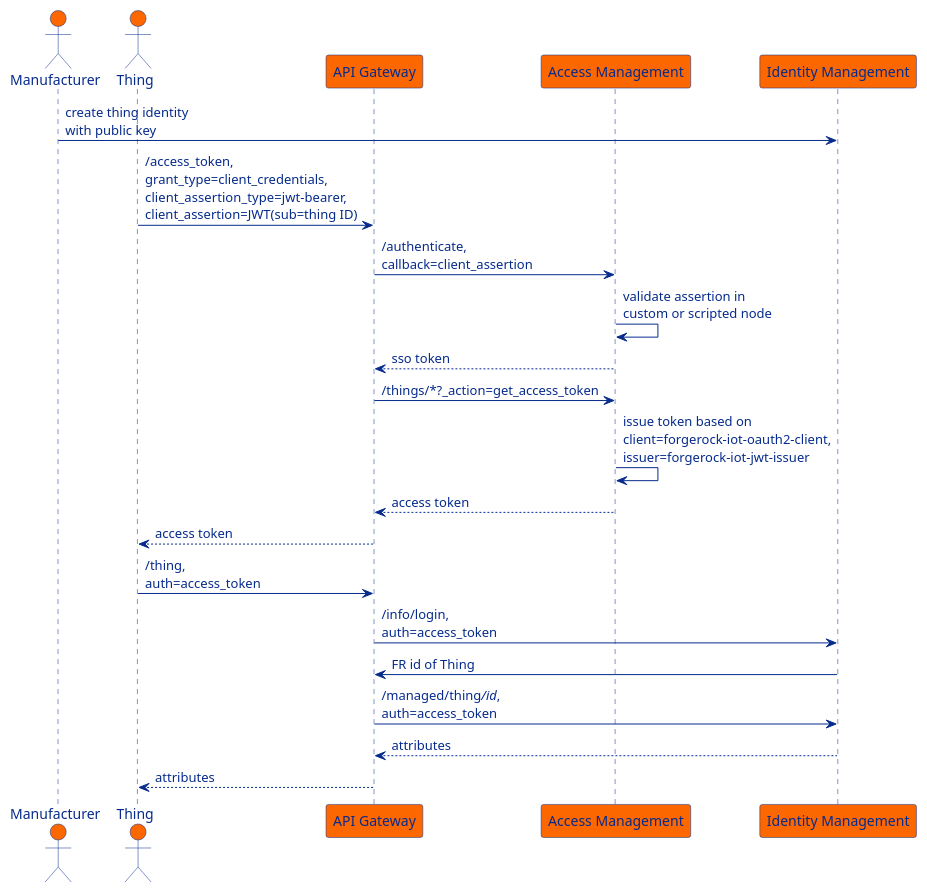
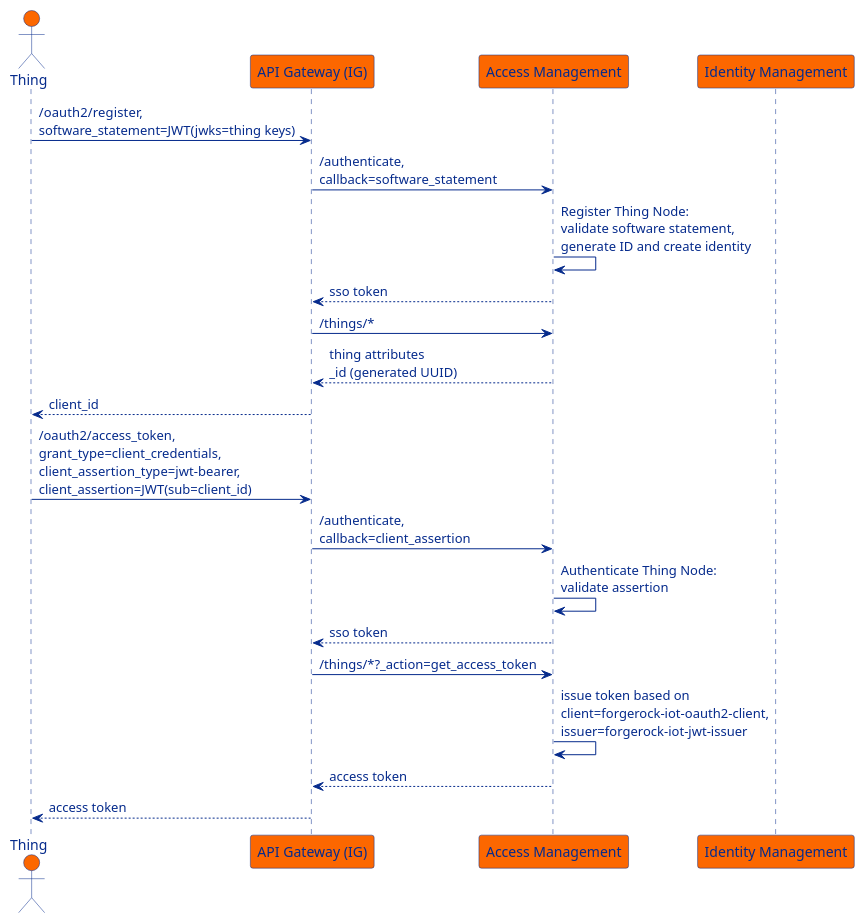
The diagram in examples/proof-of-concept/standard-oauth-api/docs/standard-oauth-api-flow.puml (isabella232/iot-edge), drawn with PlantUML before and after one commit. The commit also changed 1 other file, not shown here.

Commit message:
IOTEDGE-1136 update standard oauth API flow

```diff
--- a/examples/proof-of-concept/standard-oauth-api/docs/standard-oauth-api-flow.puml
+++ b/examples/proof-of-concept/standard-oauth-api/docs/standard-oauth-api-flow.puml
@@ -1,41 +1,47 @@
 @startuml
 
 skinparam sequence {
     ArrowFontColor #062b8c
     ArrowColor #062b8c
     LifeLineBorderColor #062b8c
 
     ParticipantBorderColor #062b8c
     ParticipantBackgroundColor #fc6700
     ParticipantFontColor #062b8c
 
     ActorBorderColor #062b8c
     ActorBackgroundColor #fc6700
     ActorFontColor #062b8c
 }
 
-actor "Manufacturer" as man
+'actor "Manufacturer" as man
 actor "Thing" as thing
-participant "API Gateway" as ag
+participant "API Gateway (IG)" as ag
 participant "Access Management" as am
 participant "Identity Management" as idm
 
-man -> idm : create thing identity\nwith public key
+thing -> ag : /oauth2/register,\nsoftware_statement=JWT(jwks=thing keys)
+ag -> am: /authenticate,\ncallback=software_statement
+am -> am : Register Thing Node:\nvalidate software statement,\ngenerate ID and create identity
+am --> ag : sso token
+ag -> am : /things/*
+am --> ag : thing attributes\n_id (generated UUID)
+ag --> thing : client_id
 
-thing -> ag : /access_token,\ngrant_type=client_credentials,\nclient_assertion_type=jwt-bearer,\nclient_assertion=JWT(sub=thing ID)
+thing -> ag : /oauth2/access_token,\ngrant_type=client_credentials,\nclient_assertion_type=jwt-bearer,\nclient_assertion=JWT(sub=client_id)
 ag -> am: /authenticate,\ncallback=client_assertion
-am -> am : validate assertion in\ncustom or scripted node
+am -> am : Authenticate Thing Node:\nvalidate assertion
 am --> ag : sso token
 ag -> am : /things/*?_action=get_access_token
 am -> am : issue token based on\nclient=forgerock-iot-oauth2-client,\nissuer=forgerock-iot-jwt-issuer
 am --> ag : access token
 ag --> thing : access token
 
-thing -> ag : /thing,\nauth=access_token
-ag -> idm: /info/login,\nauth=access_token
-idm -> ag: FR id of Thing
-ag -> idm : /managed/thing///id//,\nauth=access_token
-idm --> ag : attributes
-ag --> thing : attributes
+'thing -> ag : /thing,\nauth=access_token
+'ag -> idm: /info/login,\nauth=access_token
+'idm -> ag: FR id of Thing
+'ag -> idm : /managed/thing///id//,\nauth=access_token
+'idm --> ag : attributes
+'ag --> thing : attributes
 
 @enduml
```
